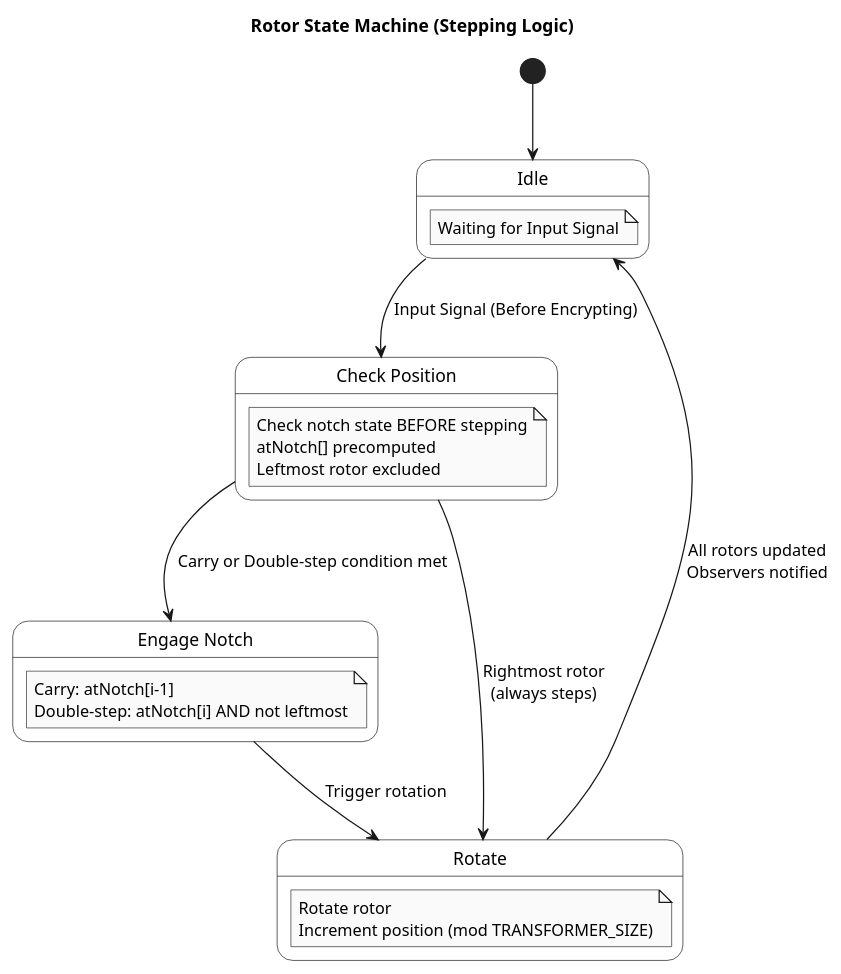
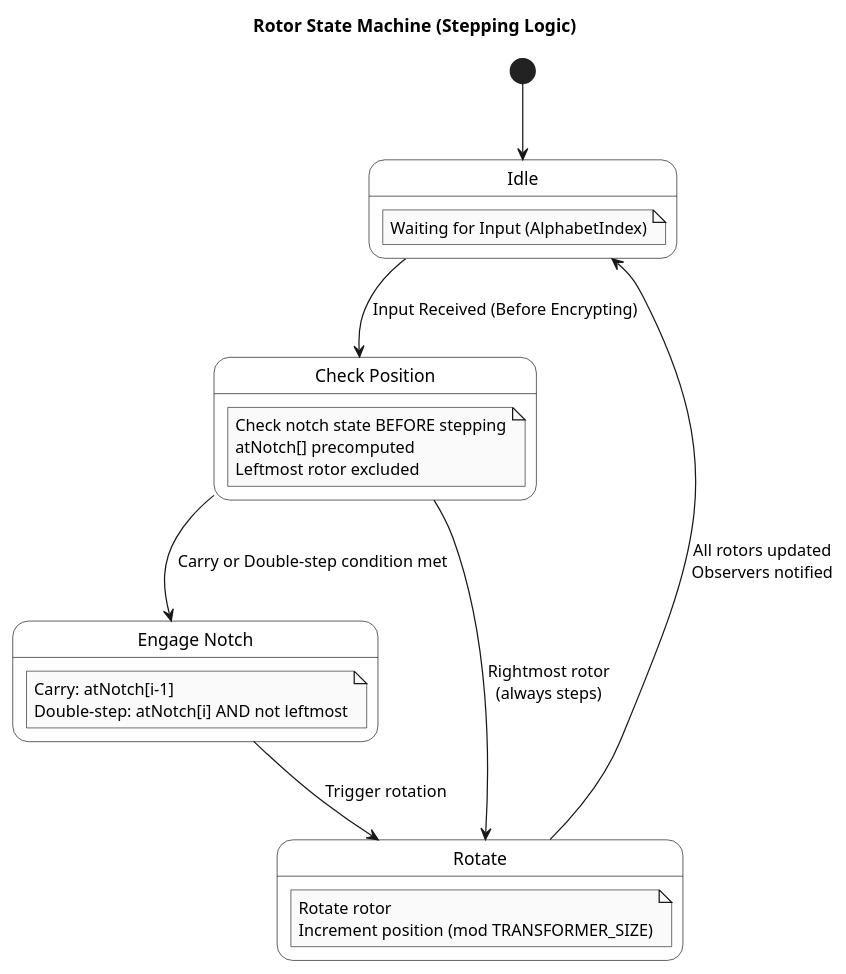
The diagram in docs/diagrams/rotor_state_machine.puml (alvarocleite/EnigmaMachineCore), drawn with PlantUML before and after one commit. The commit also changed 26 other files, not shown here.

```diff
--- a/docs/diagrams/rotor_state_machine.puml
+++ b/docs/diagrams/rotor_state_machine.puml
@@ -1,37 +1,37 @@
 @startuml Enigma_Rotor_State_Machine
 
 skinparam monochrome true
 skinparam state {
     BackgroundColor White
     BorderColor Black
 }
 
 title Rotor State Machine (Stepping Logic)
 
 [*] --> Idle
 
 state Idle {
-    note "Waiting for Input Signal" as N1
+    note "Waiting for Input (AlphabetIndex)" as N1
 }
 
 state "Check Position" as CheckPos {
     note "Check notch state BEFORE stepping\natNotch[] precomputed\nLeftmost rotor excluded" as N2
 }
 
 state "Engage Notch" as Notch {
     note "Carry: atNotch[i-1]\nDouble-step: atNotch[i] AND not leftmost" as N3
 }
 
 state "Rotate" as Rotate {
     note "Rotate rotor\nIncrement position (mod TRANSFORMER_SIZE)" as N4
 }
 
-Idle --> CheckPos : Input Signal (Before Encrypting)
+Idle --> CheckPos : Input Received (Before Encrypting)
 
 CheckPos --> Rotate : Rightmost rotor\n(always steps)
 CheckPos --> Notch : Carry or Double-step condition met
 
 Notch --> Rotate : Trigger rotation
 Rotate --> Idle : All rotors updated\nObservers notified
 
 @enduml
```
